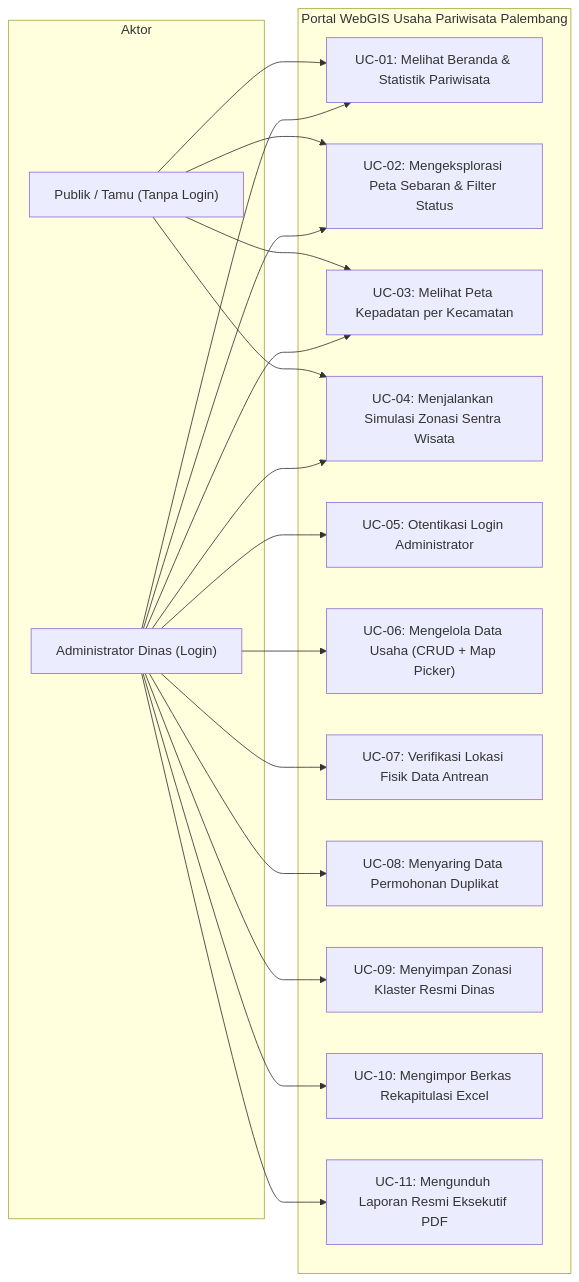
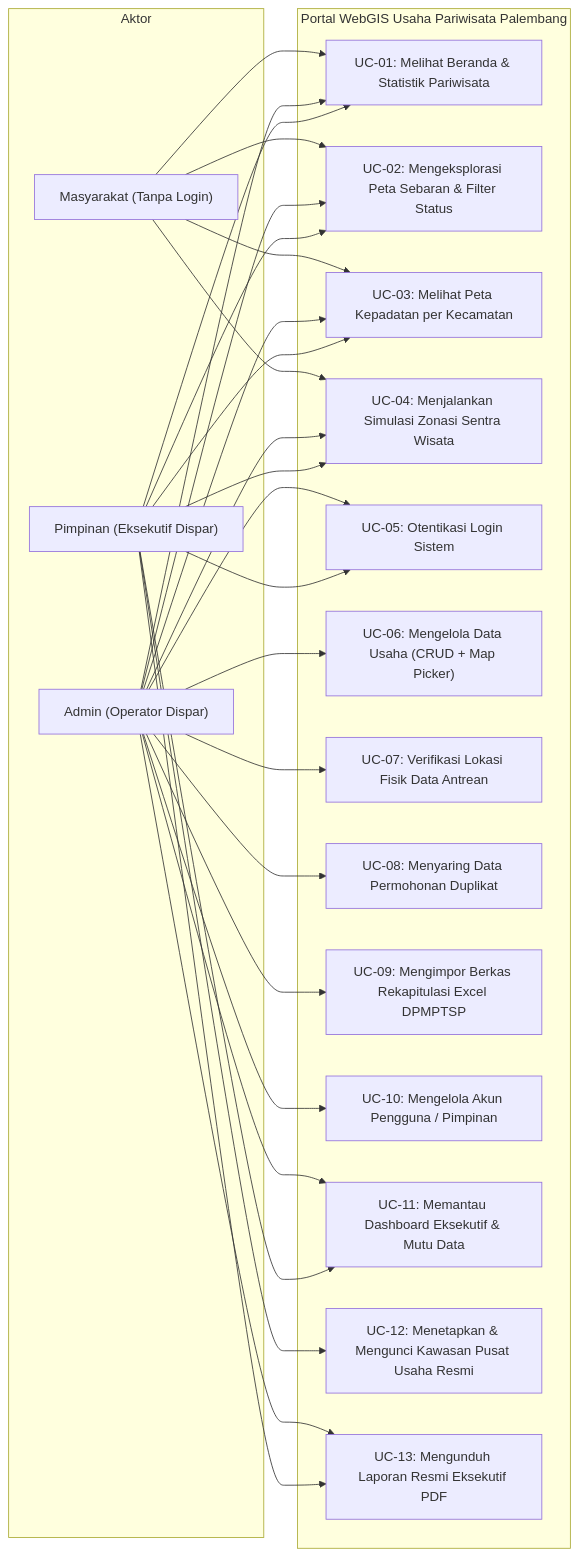
One commit to MDavaPrayoga/Pemetaan-Usaha-Pariwisata changed the first of 2 diagrams in PRD.md. Above: the diagram before and after it, drawn with Mermaid. The commit also changed other lines of this file and 2 other files, not shown here.

Commit message:
docs: update PRD with official thesis title and role matrix (masyarakat, admin, pimpinan), gitignore personal thesis guide

````diff
--- a/PRD.md
+++ b/PRD.md
@@ -169,38 +178,51 @@
 ```mermaid
 flowchart LR
     subgraph Aktor
-        Guest["Publik / Tamu (Tanpa Login)"]
-        Admin["Administrator Dinas (Login)"]
+        Masyarakat["Masyarakat (Tanpa Login)"]
+        Admin["Admin (Operator Dispar)"]
+        Pimpinan["Pimpinan (Eksekutif Dispar)"]
     end
 
     subgraph Portal WebGIS Usaha Pariwisata Palembang
         UC01["UC-01: Melihat Beranda & Statistik Pariwisata"]
         UC02["UC-02: Mengeksplorasi Peta Sebaran & Filter Status"]
         UC03["UC-03: Melihat Peta Kepadatan per Kecamatan"]
         UC04["UC-04: Menjalankan Simulasi Zonasi Sentra Wisata"]
-        UC05["UC-05: Otentikasi Login Administrator"]
+        UC05["UC-05: Otentikasi Login Sistem"]
         UC06["UC-06: Mengelola Data Usaha (CRUD + Map Picker)"]
         UC07["UC-07: Verifikasi Lokasi Fisik Data Antrean"]
         UC08["UC-08: Menyaring Data Permohonan Duplikat"]
-        UC09["UC-09: Menyimpan Zonasi Klaster Resmi Dinas"]
-        UC10["UC-10: Mengimpor Berkas Rekapitulasi Excel"]
-        UC11["UC-11: Mengunduh Laporan Resmi Eksekutif PDF"]
+        UC09["UC-09: Mengimpor Berkas Rekapitulasi Excel DPMPTSP"]
+        UC10["UC-10: Mengelola Akun Pengguna / Pimpinan"]
+        UC11["UC-11: Memantau Dashboard Eksekutif & Mutu Data"]
+        UC12["UC-12: Menetapkan & Mengunci Kawasan Pusat Usaha Resmi"]
+        UC13["UC-13: Mengunduh Laporan Resmi Eksekutif PDF"]
     end
 
-    Guest --> UC01
-    Guest --> UC02
-    Guest --> UC03
-    Guest --> UC04
+    Masyarakat --> UC01
+    Masyarakat --> UC02
+    Masyarakat --> UC03
+    Masyarakat --> UC04
 
     Admin --> UC05
     Admin --> UC01
     Admin --> UC02
     Admin --> UC03
     Admin --> UC04
     Admin --> UC06
     Admin --> UC07
     Admin --> UC08
     Admin --> UC09
     Admin --> UC10
     Admin --> UC11
+    Admin --> UC13
+
+    Pimpinan --> UC05
+    Pimpinan --> UC01
+    Pimpinan --> UC02
+    Pimpinan --> UC03
+    Pimpinan --> UC04
+    Pimpinan --> UC11
+    Pimpinan --> UC12
+    Pimpinan --> UC13
 ```
````
